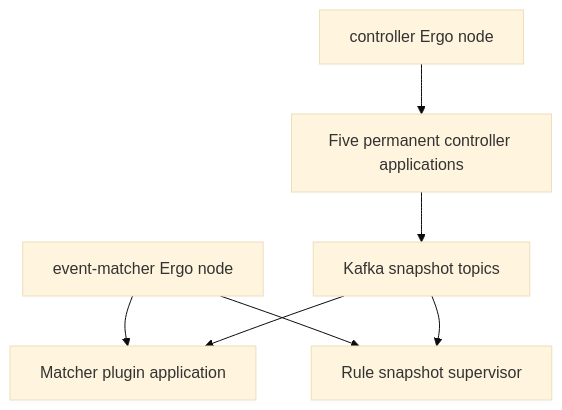
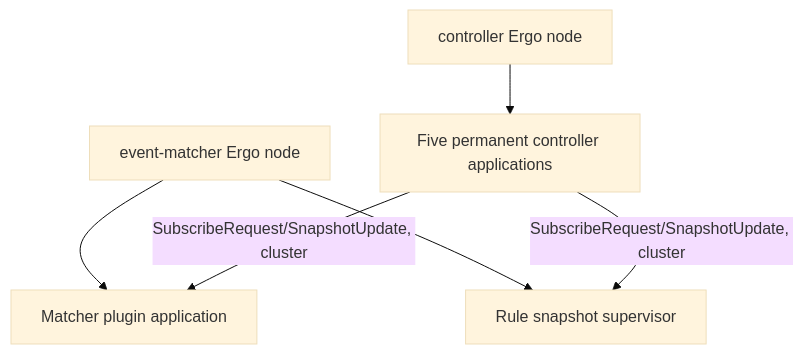
The diagram in docs/internals/README.md (HarishHary/blink), drawn with Mermaid (base theme) before and after one commit. The commit also changed other lines of this file and 115 other files, not shown here.

````diff
--- a/docs/internals/README.md
+++ b/docs/internals/README.md
@@ -7,9 +11,8 @@
 ```mermaid
 flowchart TB
     controllerNode[controller Ergo node] --> controlApps[Five permanent controller applications]
-    controlApps --> snapshots[Kafka snapshot topics]
     matcherNode[event-matcher Ergo node] --> pluginApp[Matcher plugin application]
     matcherNode --> ruleProjection[Rule snapshot supervisor]
-    snapshots --> pluginApp
-    snapshots --> ruleProjection
+    controlApps -->|SubscribeRequest/SnapshotUpdate, cluster| pluginApp
+    controlApps -->|SubscribeRequest/SnapshotUpdate, cluster| ruleProjection
 ```
````
